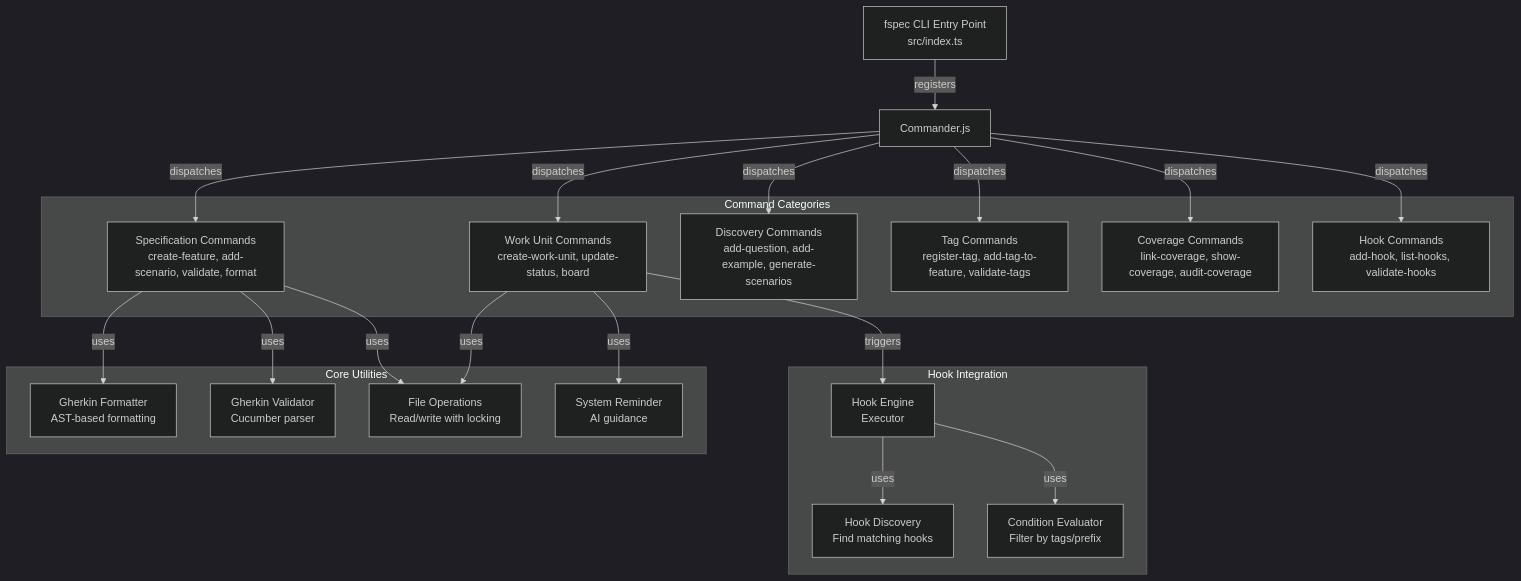
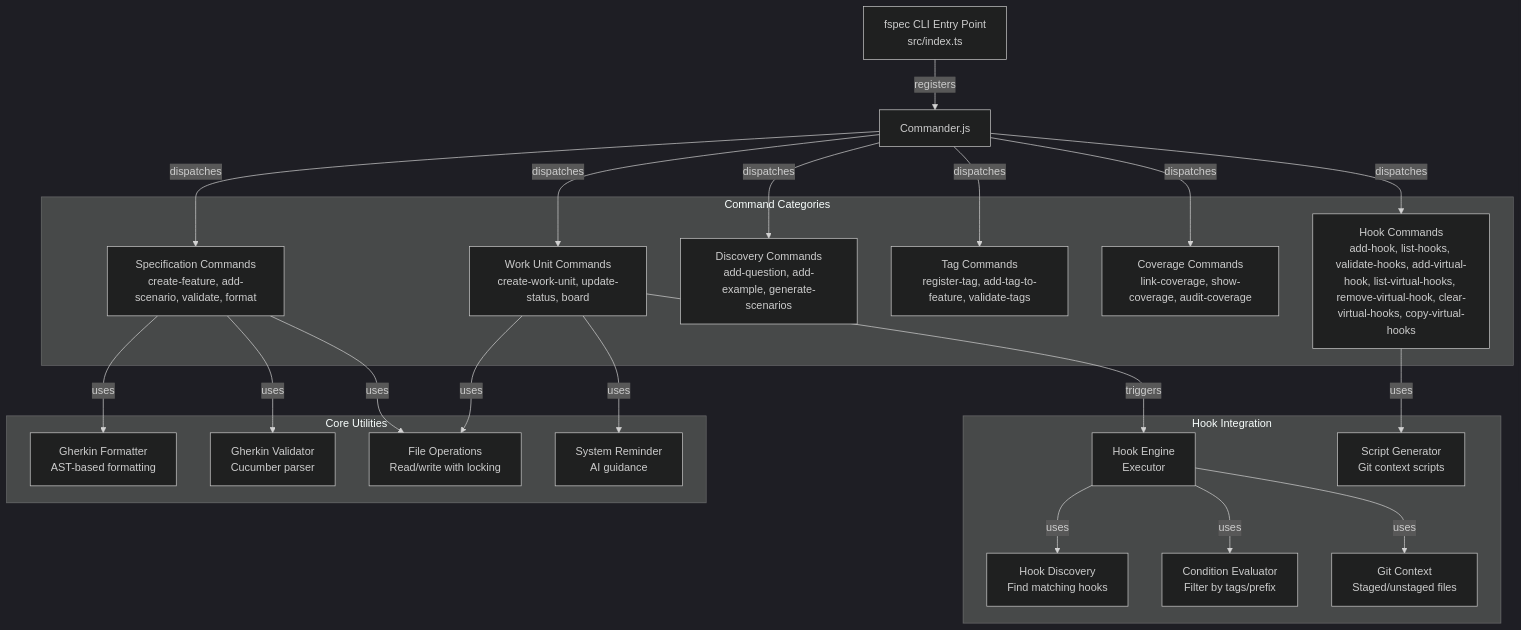
One commit to sengac/fspec changed the second of 9 diagrams in spec/FOUNDATION.md. Above: the diagram before and after it, drawn with Mermaid (dark theme). The commit also changed other lines of this file and 71 other files, not shown here.

Commit message:
docs: add comprehensive documentation for virtual hooks feature (HOOK-011)

````diff
--- a/spec/FOUNDATION.md
+++ b/spec/FOUNDATION.md
@@ -120,46 +121,50 @@
 ```mermaid
 graph TD
     CLI[fspec CLI Entry Point<br/>src/index.ts]
     Commander[Commander.js]
     
     CLI -->|registers| Commander
     
     subgraph "Command Categories"
         SpecCmds[Specification Commands<br/>create-feature, add-scenario, validate, format]
         WorkCmds[Work Unit Commands<br/>create-work-unit, update-status, board]
         DiscCmds[Discovery Commands<br/>add-question, add-example, generate-scenarios]
         TagCmds[Tag Commands<br/>register-tag, add-tag-to-feature, validate-tags]
         CovCmds[Coverage Commands<br/>link-coverage, show-coverage, audit-coverage]
-        HookCmds[Hook Commands<br/>add-hook, list-hooks, validate-hooks]
+        HookCmds[Hook Commands<br/>add-hook, list-hooks, validate-hooks, add-virtual-hook, list-virtual-hooks, remove-virtual-hook, clear-virtual-hooks, copy-virtual-hooks]
     end
     
     Commander -->|dispatches| SpecCmds
     Commander -->|dispatches| WorkCmds
     Commander -->|dispatches| DiscCmds
     Commander -->|dispatches| TagCmds
     Commander -->|dispatches| CovCmds
     Commander -->|dispatches| HookCmds
     
     subgraph "Core Utilities"
         Formatter[Gherkin Formatter<br/>AST-based formatting]
         Validator[Gherkin Validator<br/>Cucumber parser]
         FileOps[File Operations<br/>Read/write with locking]
         SystemReminder[System Reminder<br/>AI guidance]
     end
     
     SpecCmds -->|uses| Formatter
     SpecCmds -->|uses| Validator
     SpecCmds -->|uses| FileOps
     WorkCmds -->|uses| FileOps
     WorkCmds -->|uses| SystemReminder
     
     subgraph "Hook Integration"
         HookEngine[Hook Engine<br/>Executor]
         HookDiscovery[Hook Discovery<br/>Find matching hooks]
         HookConditions[Condition Evaluator<br/>Filter by tags/prefix]
+        ScriptGen[Script Generator<br/>Git context scripts]
+        GitContext[Git Context<br/>Staged/unstaged files]
     end
     
     WorkCmds -->|triggers| HookEngine
     HookEngine -->|uses| HookDiscovery
     HookEngine -->|uses| HookConditions
+    HookEngine -->|uses| GitContext
+    HookCmds -->|uses| ScriptGen
 ```
````
